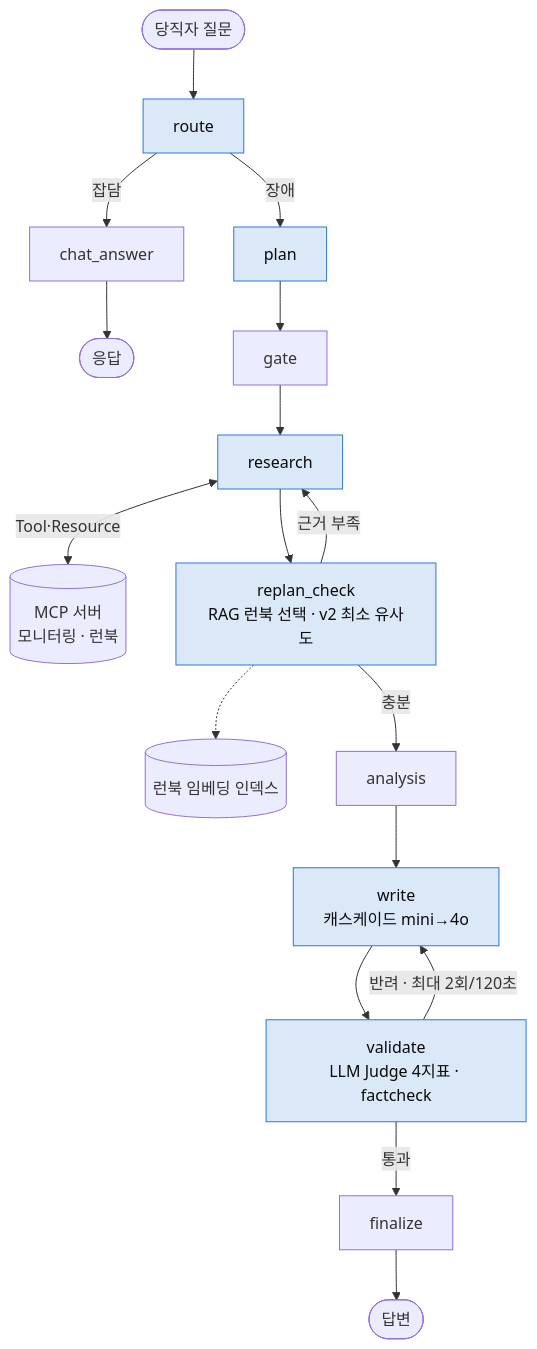
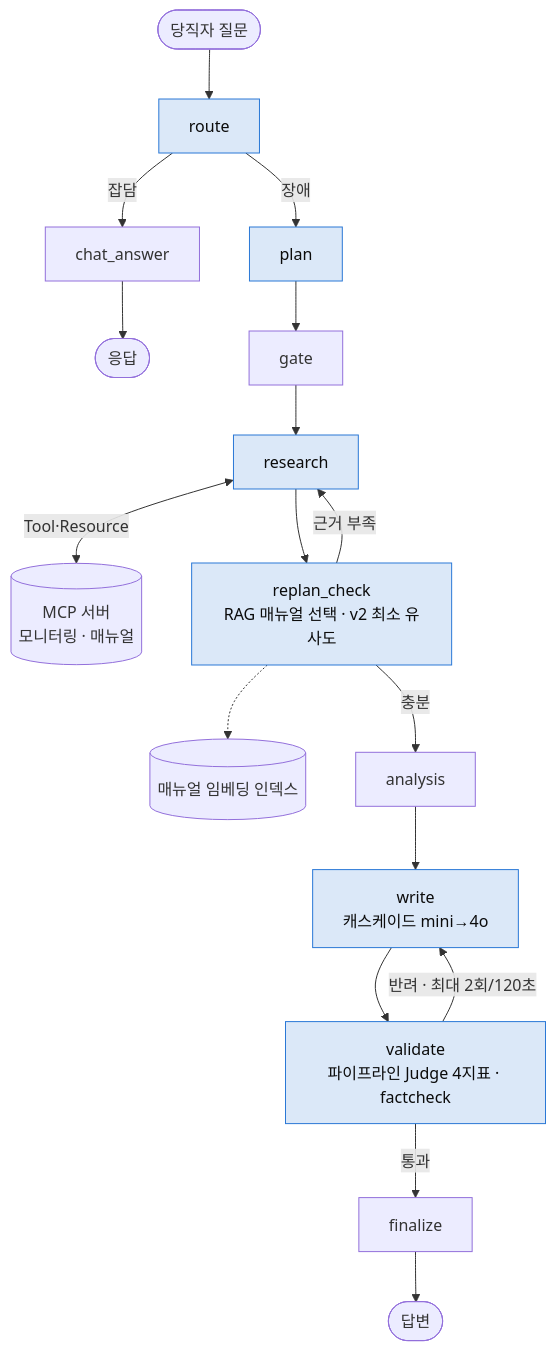
One commit to jang961111-hash/incident-agent-ablation changed the diagram in README.md. Above: the diagram before and after it, drawn with Mermaid. The commit also changed other lines of this file, not shown here.

````diff
--- a/README.md
+++ b/README.md
@@ -144,16 +150,16 @@
 ```mermaid
 flowchart TD
     Q([당직자 질문]) --> route
     route -->|잡담| chat[chat_answer] --> E1([응답])
     route -->|장애| plan --> gate --> research
-    research <-->|Tool·Resource| MCP[(MCP 서버<br/>모니터링 · 런북)]
-    research --> replan[replan_check<br/>RAG 런북 선택 · v2 최소 유사도]
-    replan -.-> IDX[(런북 임베딩 인덱스)]
+    research <-->|Tool·Resource| MCP[(MCP 서버<br/>모니터링 · 매뉴얼)]
+    research --> replan[replan_check<br/>RAG 매뉴얼 선택 · v2 최소 유사도]
+    replan -.-> IDX[(매뉴얼 임베딩 인덱스)]
     replan -->|근거 부족| research
     replan -->|충분| analysis --> write[write<br/>캐스케이드 mini→4o]
-    write --> validate[validate<br/>LLM Judge 4지표 · factcheck]
+    write --> validate[validate<br/>파이프라인 Judge 4지표 · factcheck]
     validate -->|반려 · 최대 2회/120초| write
     validate -->|통과| finalize --> E2([답변])
     classDef changed fill:#dbe8f8,stroke:#2a78d6,color:#0b0b0b
     class route,plan,research,replan,write,validate changed
 ```
````
